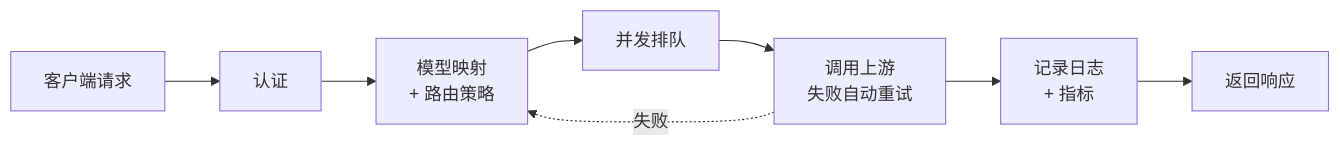
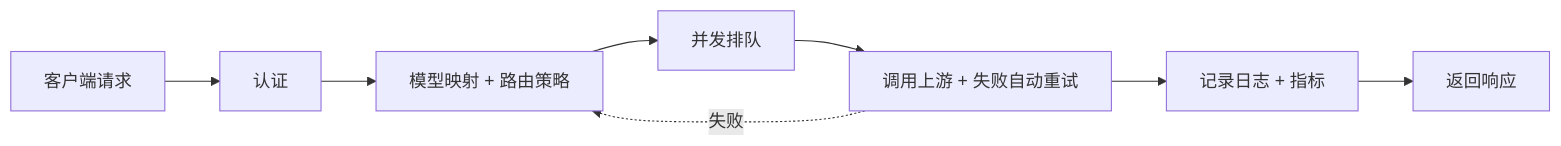
Before and after one commit to zhushanwen321/llm-simple-router: the diagram in README.md, drawn with Mermaid. The commit also changed other lines of this file and 1 other file, not shown here.

````diff
--- a/README.md
+++ b/README.md
@@ -81,11 +126,10 @@
 ```mermaid
 flowchart LR
     A[客户端请求] --> B[认证]
-    B --> C[模型映射<br/>+ 路由策略]
+    B --> C[模型映射 + 路由策略]
     C --> D[并发排队]
-    D --> E[调用上游<br/>失败自动重试]
-    E --> F[记录日志<br/>+ 指标]
+    D --> E[调用上游 + 失败自动重试]
+    E --> F[记录日志 + 指标]
     F --> G[返回响应]
-
     E -.->|失败| C
 ```
````
